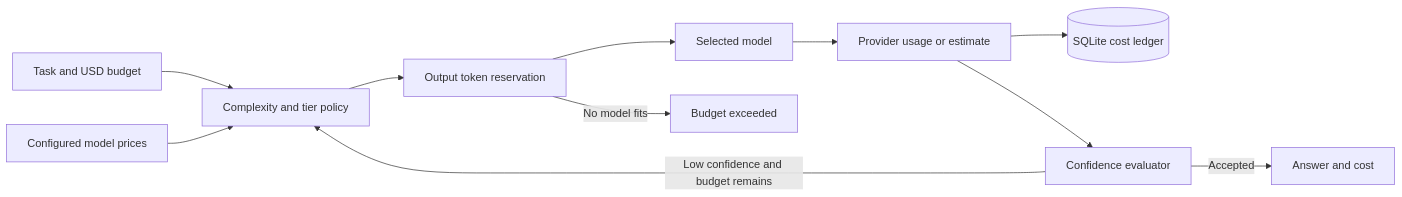
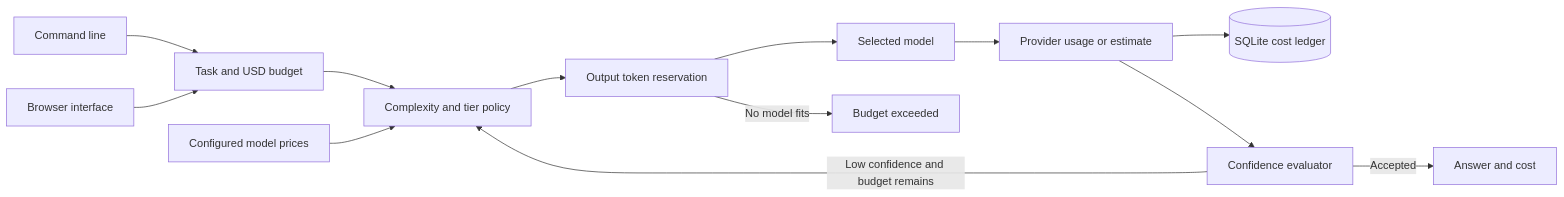
The diagram in README.md (kh-bikash/cost-aware-agent-router), drawn with Mermaid before and after one commit. The commit also changed other lines of this file and 13 other files, not shown here.

Commit message:
Ship runnable CLI and browser product

````diff
--- a/README.md
+++ b/README.md
@@ -40,13 +42,15 @@
 ```mermaid
 flowchart LR
+    CLI[Command line] --> Task
+    Browser[Browser interface] --> Task
     Task[Task and USD budget] --> Tier[Complexity and tier policy]
     Prices[Configured model prices] --> Tier
     Tier --> Reserve[Output token reservation]
     Reserve --> LLM[Selected model]
     LLM --> Usage[Provider usage or estimate]
     Usage --> Ledger[(SQLite cost ledger)]
     Usage --> Confidence[Confidence evaluator]
     Confidence -->|Accepted| Answer[Answer and cost]
     Confidence -->|Low confidence and budget remains| Tier
     Reserve -->|No model fits| Reject[Budget exceeded]
 ```
````
